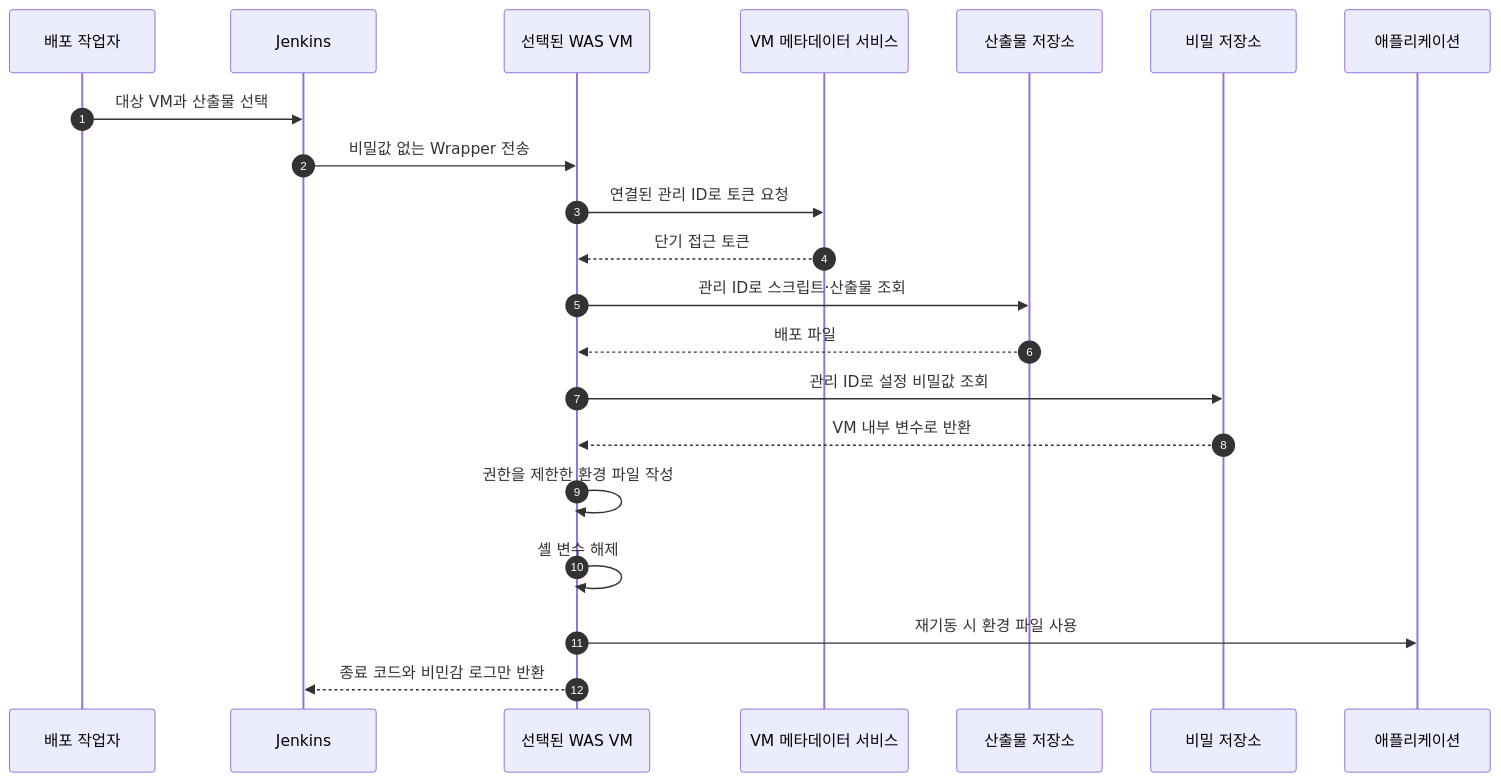
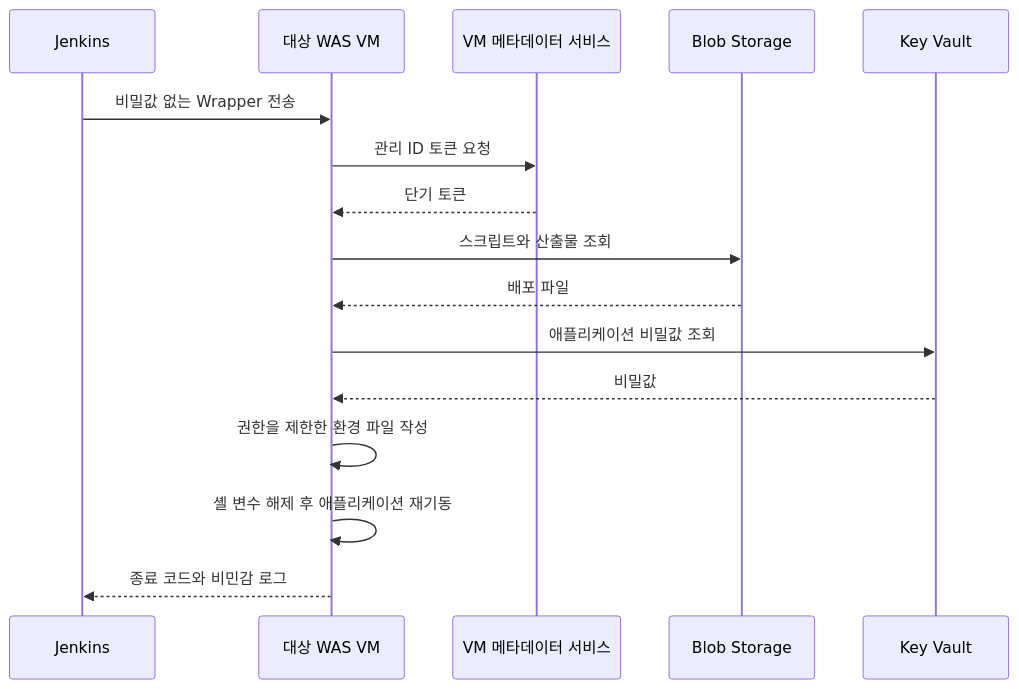
The diagram in src/content/posts/navigation-cd-02-managed-identity.md (inchangson/inchangson.github.io), drawn with Mermaid before and after one commit. The commit also changed other lines of this file and 8 other files, not shown here.

````diff
--- a/src/content/posts/navigation-cd-02-managed-identity.md
+++ b/src/content/posts/navigation-cd-02-managed-identity.md
@@ -47,24 +29,18 @@
 ```mermaid
 sequenceDiagram
-    autonumber
-    participant O as 배포 작업자
     participant J as Jenkins
-    participant W as 선택된 WAS VM
+    participant W as 대상 WAS VM
     participant M as VM 메타데이터 서비스
-    participant B as 산출물 저장소
-    participant K as 비밀 저장소
-    participant A as 애플리케이션
-
-    O->>J: 대상 VM과 산출물 선택
+    participant B as Blob Storage
+    participant K as Key Vault
     J->>W: 비밀값 없는 Wrapper 전송
-    W->>M: 연결된 관리 ID로 토큰 요청
-    M-->>W: 단기 접근 토큰
-    W->>B: 관리 ID로 스크립트·산출물 조회
+    W->>M: 관리 ID 토큰 요청
+    M-->>W: 단기 토큰
+    W->>B: 스크립트와 산출물 조회
     B-->>W: 배포 파일
-    W->>K: 관리 ID로 설정 비밀값 조회
-    K-->>W: VM 내부 변수로 반환
+    W->>K: 애플리케이션 비밀값 조회
+    K-->>W: 비밀값
     W->>W: 권한을 제한한 환경 파일 작성
-    W->>W: 셸 변수 해제
-    W->>A: 재기동 시 환경 파일 사용
-    W-->>J: 종료 코드와 비민감 로그만 반환
+    W->>W: 셸 변수 해제 후 애플리케이션 재기동
+    W-->>J: 종료 코드와 비민감 로그
 ```
````
